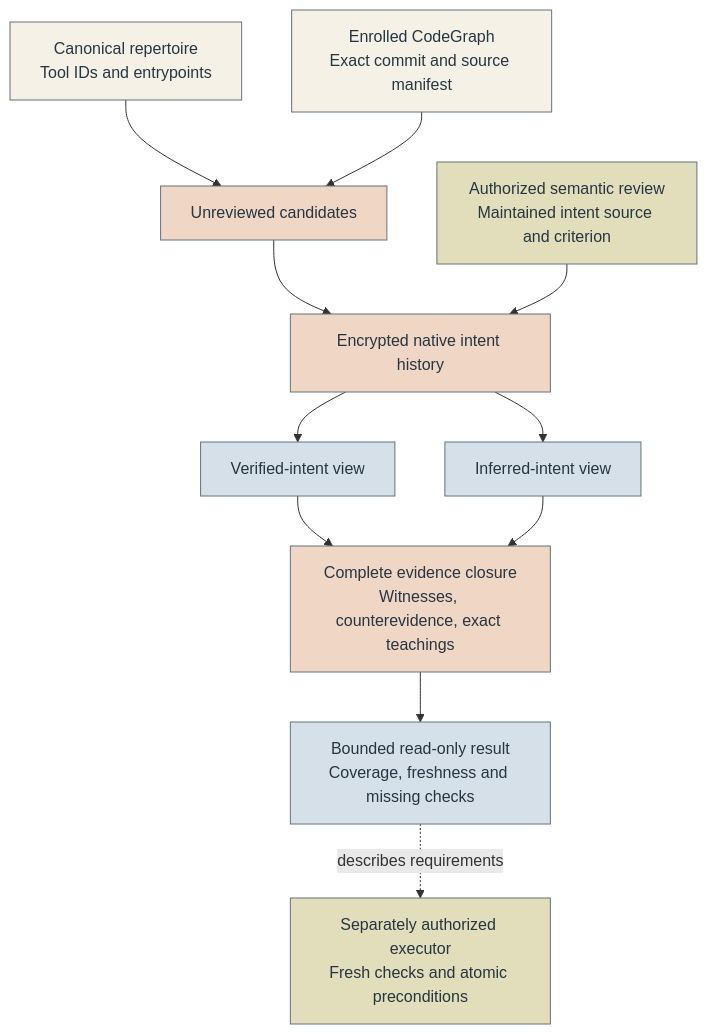
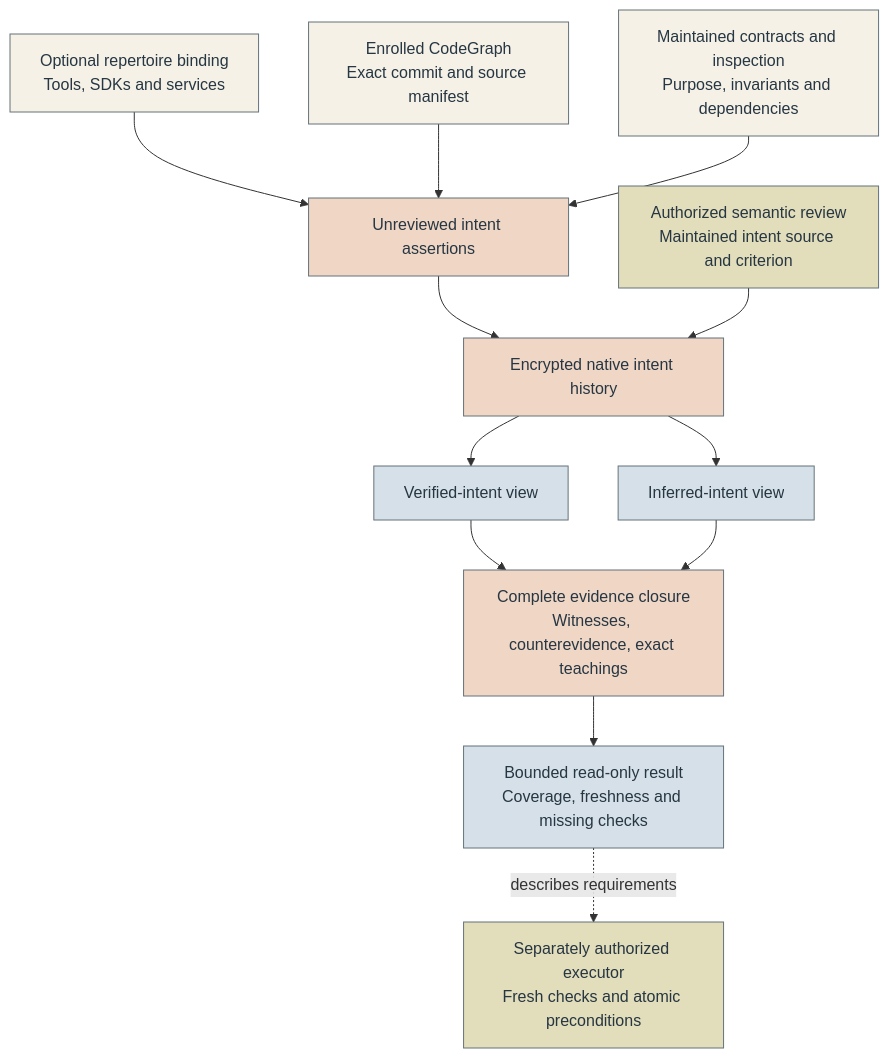
One commit to astrivant/identity changed the diagram in docs/intent-graphs.md. Above: the diagram before and after it, drawn with Mermaid. The commit also changed other lines of this file and 6 other files, not shown here.

Commit message:
Clarify source intent continuity across sessions and dependencies

````diff
--- a/docs/intent-graphs.md
+++ b/docs/intent-graphs.md
@@ -10,21 +23,22 @@
 ```mermaid
 flowchart TD
-    repertoire["Canonical repertoire<br/>Tool IDs and entrypoints"] --> draft["Unreviewed candidates"]
+    repertoire["Optional repertoire binding<br/>Tools, SDKs and services"] --> draft["Unreviewed intent assertions"]
     code["Enrolled CodeGraph<br/>Exact commit and source manifest"] --> draft
+    contracts["Maintained contracts and inspection<br/>Purpose, invariants and dependencies"] --> draft
     draft --> store["Encrypted native intent history"]
     reviewer["Authorized semantic review<br/>Maintained intent source and criterion"] --> store
     store --> verified["Verified-intent view"]
     store --> inferred["Inferred-intent view"]
     verified --> closure["Complete evidence closure<br/>Witnesses, counterevidence, exact teachings"]
     inferred --> closure
     closure --> result["Bounded read-only result<br/>Coverage, freshness and missing checks"]
     result -. "describes requirements" .-> executor["Separately authorized executor<br/>Fresh checks and atomic preconditions"]
     classDef source fill:#f5f1e7,stroke:#65737b,color:#263642;
     classDef authority fill:#e2ddba,stroke:#65737b,color:#263642;
     classDef projection fill:#d6e0e9,stroke:#65737b,color:#263642;
     classDef pending fill:#efd6c5,stroke:#65737b,color:#263642;
-    class repertoire,code source;
+    class repertoire,code,contracts source;
     class reviewer,executor authority;
     class verified,inferred,result projection;
     class draft,store,closure pending;
 ```
````
